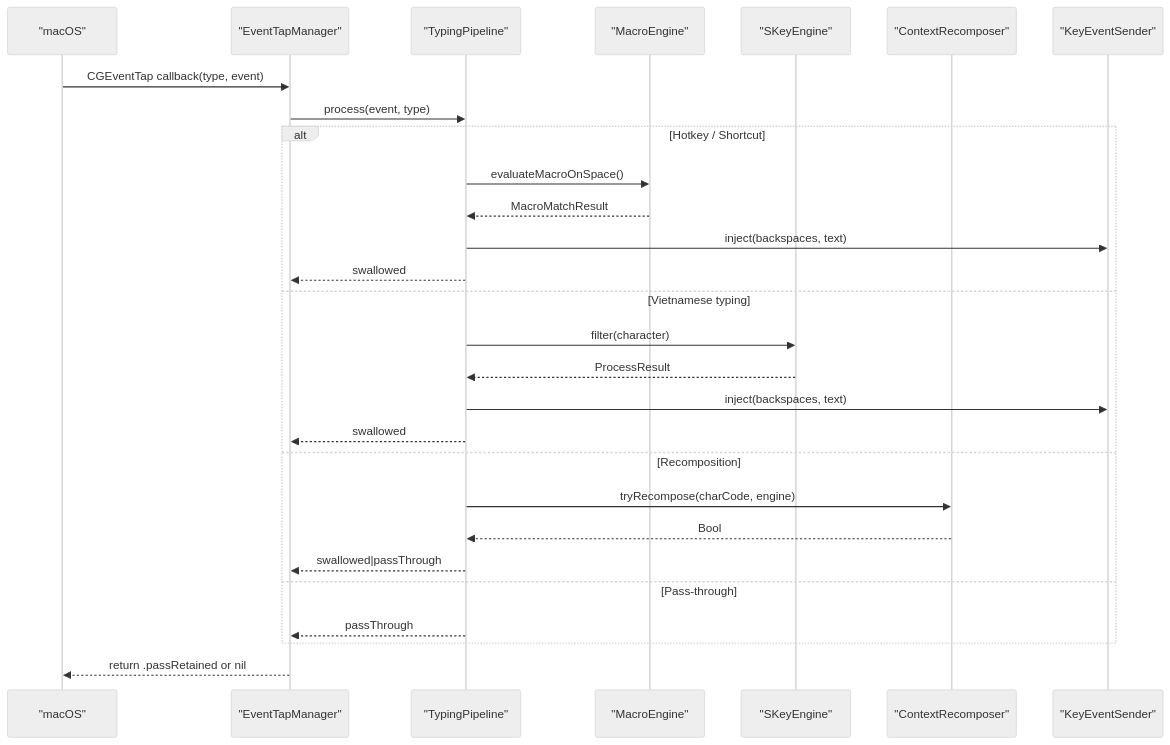
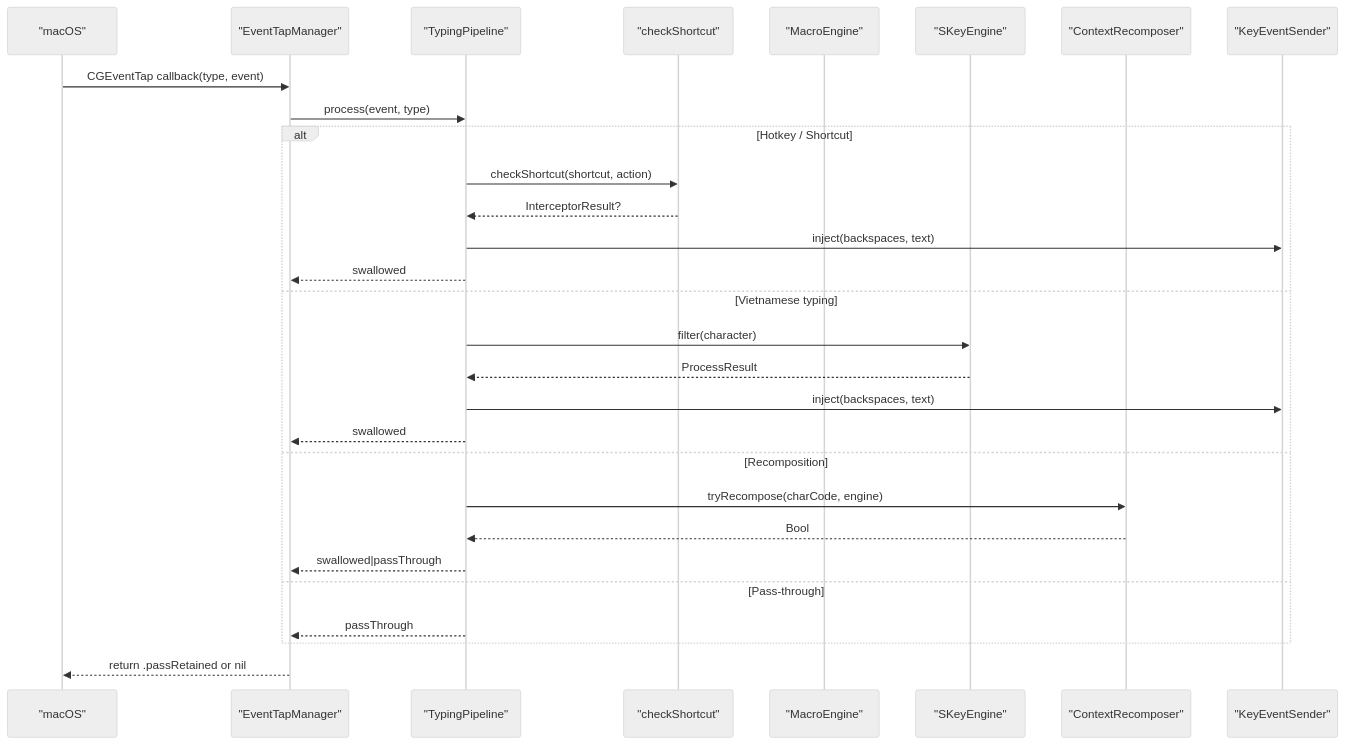
One commit to Nam088/skey changed the second of 6 diagrams in .qoder/repowiki/en/content/macOS Application/Keyboard Event Handling/Keyboard Event Handling.md. Above: the diagram before and after it, drawn with Mermaid (neutral theme). The commit also changed other lines of this file and 84 other files, not shown here.

````diff
--- a/.qoder/repowiki/en/content/macOS Application/Keyboard Event Handling/Keyboard Event Handling.md
+++ b/.qoder/repowiki/en/content/macOS Application/Keyboard Event Handling/Keyboard Event Handling.md
@@ -101,30 +114,31 @@
 ```mermaid
 sequenceDiagram
 participant OS as "macOS"
 participant ETM as "EventTapManager"
 participant TP as "TypingPipeline"
+participant CS as "checkShortcut"
 participant ME as "MacroEngine"
 participant SE as "SKeyEngine"
 participant CR as "ContextRecomposer"
 participant KES as "KeyEventSender"
 OS->>ETM : CGEventTap callback(type, event)
 ETM->>TP : process(event, type)
 alt Hotkey / Shortcut
-TP->>ME : evaluateMacroOnSpace()
-ME-->>TP : MacroMatchResult
+TP->>CS : checkShortcut(shortcut, action)
+CS-->>TP : InterceptorResult?
 TP->>KES : inject(backspaces, text)
 TP-->>ETM : swallowed
 else Vietnamese typing
 TP->>SE : filter(character)
 SE-->>TP : ProcessResult
 TP->>KES : inject(backspaces, text)
 TP-->>ETM : swallowed
 else Recomposition
 TP->>CR : tryRecompose(charCode, engine)
 CR-->>TP : Bool
 TP-->>ETM : swallowed|passThrough
 else Pass-through
 TP-->>ETM : passThrough
 end
 ETM-->>OS : return .passRetained or nil
 ```
````
